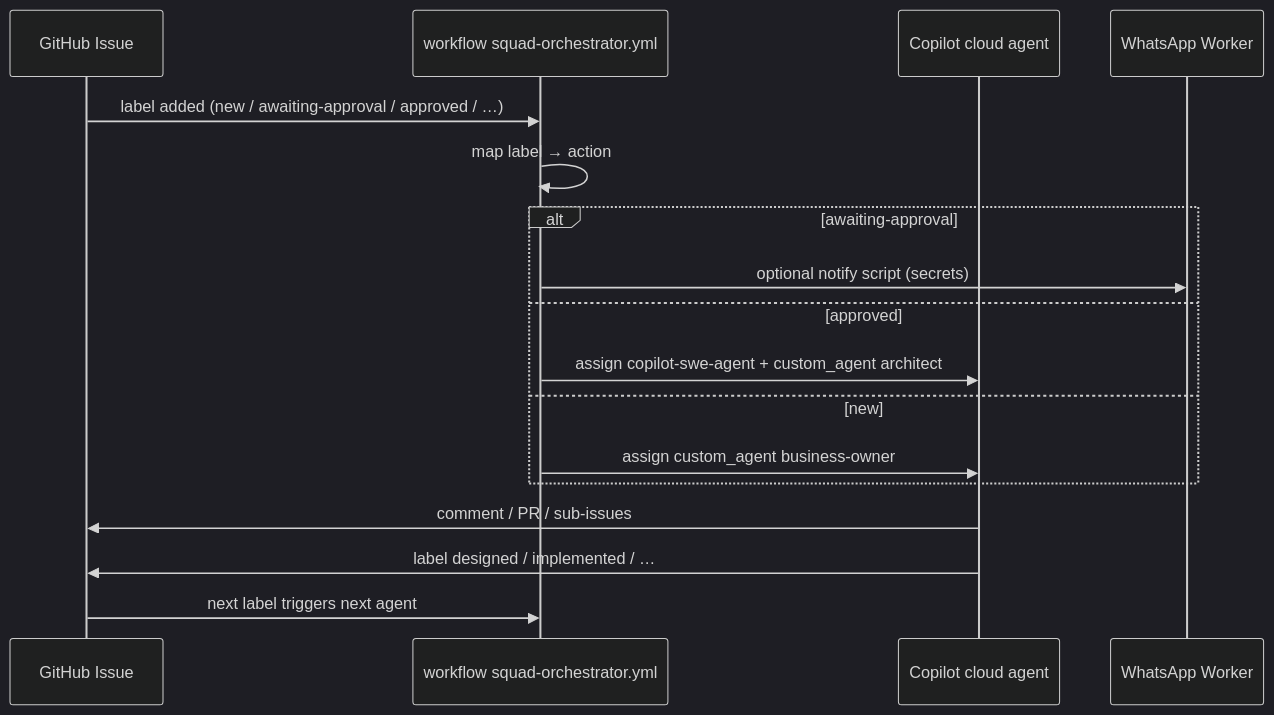
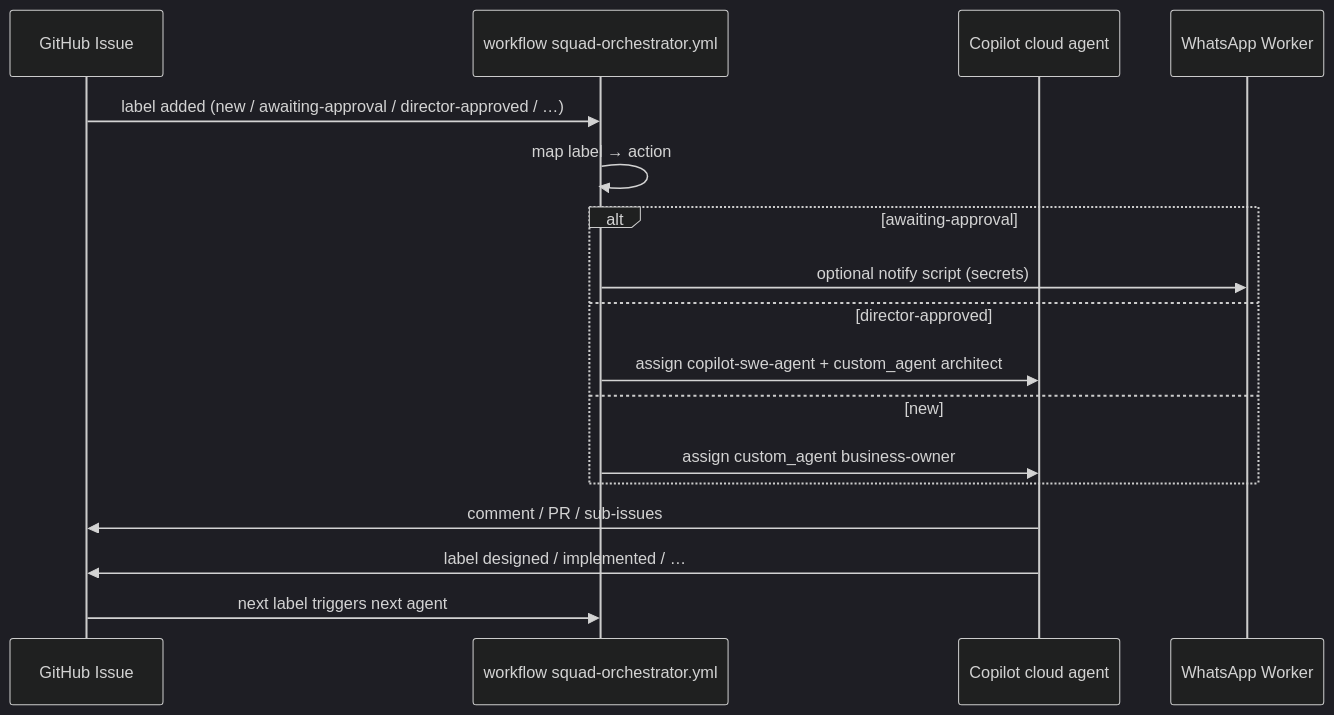
Before and after one commit to eduardocerqueira/ai-alpha-squad: the diagram in docs/squad-orchestrator-automation.md, drawn with Mermaid (dark theme). The commit also changed other lines of this file and 21 other files, not shown here.

First line of the commit message:
Add Director-only approval gate for squad lifecycle.

````diff
--- a/docs/squad-orchestrator-automation.md
+++ b/docs/squad-orchestrator-automation.md
@@ -17,20 +17,20 @@
 ```mermaid
 sequenceDiagram
     participant I as GitHub Issue
     participant W as workflow squad-orchestrator.yml
     participant C as Copilot cloud agent
     participant WA as WhatsApp Worker
 
-    I->>W: label added (new / awaiting-approval / approved / …)
+    I->>W: label added (new / awaiting-approval / director-approved / …)
     W->>W: map label → action
     alt awaiting-approval
         W->>WA: optional notify script (secrets)
-    else approved
+    else director-approved
         W->>C: assign copilot-swe-agent + custom_agent architect
     else new
         W->>C: assign custom_agent business-owner
     end
     C->>I: comment / PR / sub-issues
     C->>I: label designed / implemented / …
     I->>W: next label triggers next agent
 ```
````
